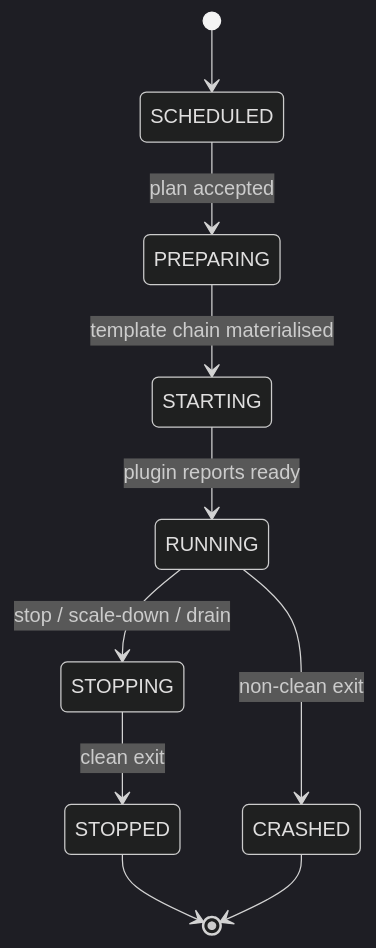
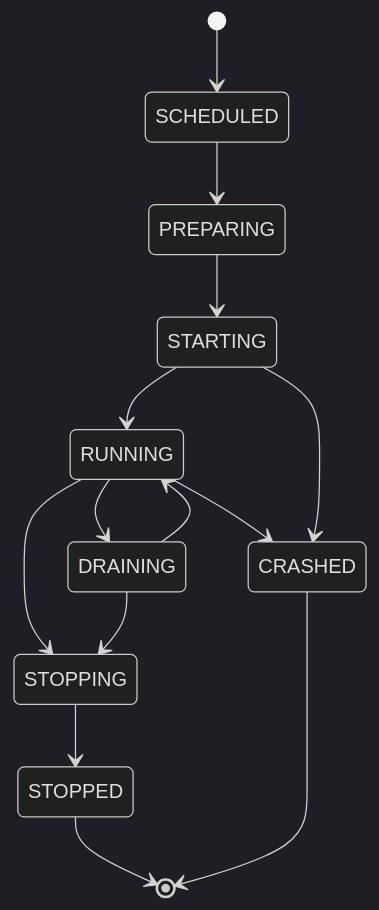
Before and after one commit to PrexorJustin/prexorcloud: the diagram in docs/public/en/concepts/groups-instances-templates.md, drawn with Mermaid (dark theme). The commit also changed other lines of this file and 20 other files, not shown here.

````diff
--- a/docs/public/en/concepts/groups-instances-templates.md
+++ b/docs/public/en/concepts/groups-instances-templates.md
@@ -98,12 +154,16 @@
 ```mermaid
 stateDiagram-v2
   [*] --> SCHEDULED
-  SCHEDULED --> PREPARING: plan accepted
-  PREPARING --> STARTING: template chain materialised
-  STARTING --> RUNNING: plugin reports ready
-  RUNNING --> STOPPING: stop / scale-down / drain
-  STOPPING --> STOPPED: clean exit
-  RUNNING --> CRASHED: non-clean exit
+  SCHEDULED --> PREPARING
+  PREPARING --> STARTING
+  STARTING --> RUNNING
+  RUNNING --> DRAINING
+  DRAINING --> RUNNING
+  RUNNING --> STOPPING
+  DRAINING --> STOPPING
+  STOPPING --> STOPPED
+  RUNNING --> CRASHED
+  STARTING --> CRASHED
   STOPPED --> [*]
   CRASHED --> [*]
 ```
````
